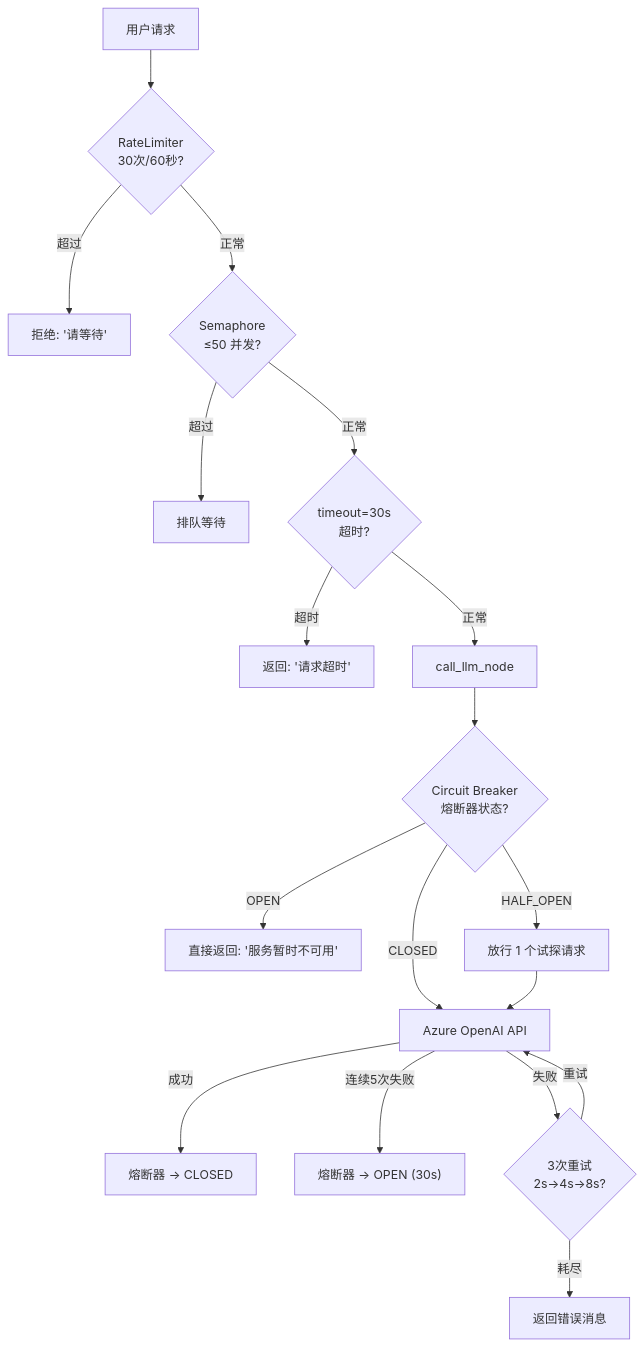
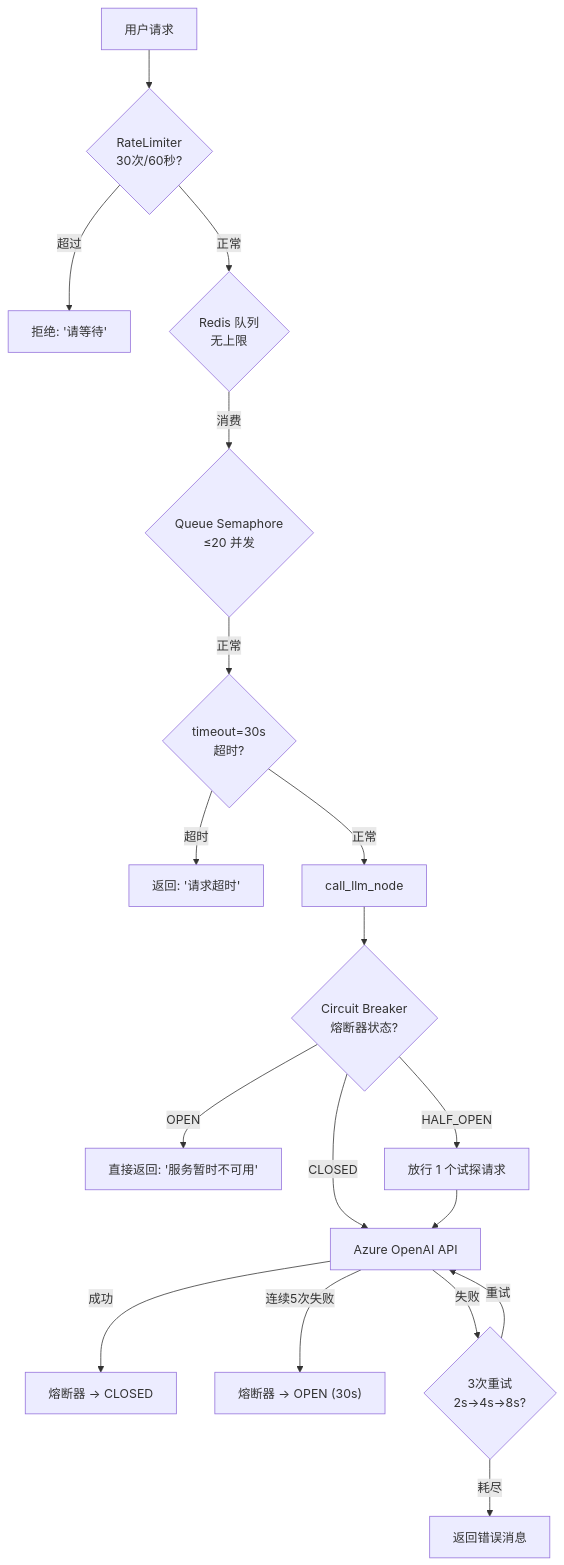
The eighth of 9 diagrams in 流程图.md (ravemelodic/Multi-functional_AI_Assistant), drawn with Mermaid before and after one commit. The commit also changed other lines of this file and 2 other files, not shown here.

Commit message:
fix: 三文档对齐校对——字段数/节点ID/队列链路/Semaphore 歧义

````diff
--- a/流程图.md
+++ b/流程图.md
@@ -259,23 +259,23 @@
 ```mermaid
 flowchart TD
     USER["用户请求"] --> RL{"RateLimiter<br/>30次/60秒?"}
     RL -->|超过| REJECT["拒绝: '请等待'"]
-    RL -->|正常| SEM{"Semaphore<br/>≤50 并发?"}
-    SEM -->|超过| QUEUE["排队等待"]
+    RL -->|正常| QUEUE{"Redis 队列<br/>无上限"}
+    QUEUE -->|消费| SEM{"Queue Semaphore<br/>≤20 并发"}
     SEM -->|正常| TIMEOUT{"timeout=30s<br/>超时?"}
     TIMEOUT -->|超时| TO["返回: '请求超时'"]
 
     TIMEOUT -->|正常| LLM_CALL["call_llm_node"]
     LLM_CALL --> CB{"Circuit Breaker<br/>熔断器状态?"}
     CB -->|OPEN| REJECT_CB["直接返回: '服务暂时不可用'"]
     CB -->|CLOSED| LLM_API["Azure OpenAI API"]
     CB -->|HALF_OPEN| TRY["放行 1 个试探请求"]
     TRY --> LLM_API
 
     LLM_API -->|成功| CLOSE["熔断器 → CLOSED"]
     LLM_API -->|连续5次失败| OPEN_CB["熔断器 → OPEN (30s)"]
 
     LLM_API -->|失败| RETRY{"3次重试<br/>2s→4s→8s?"}
     RETRY -->|重试| LLM_API
     RETRY -->|耗尽| FAIL["返回错误消息"]
 ```
````
